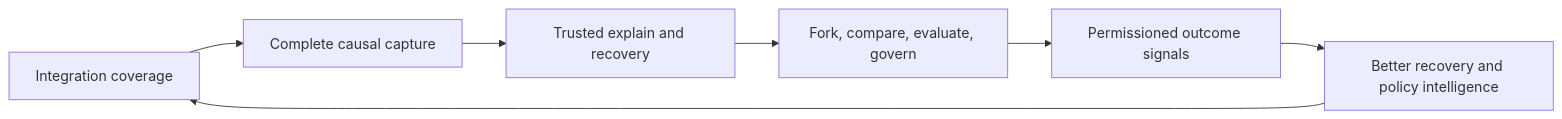
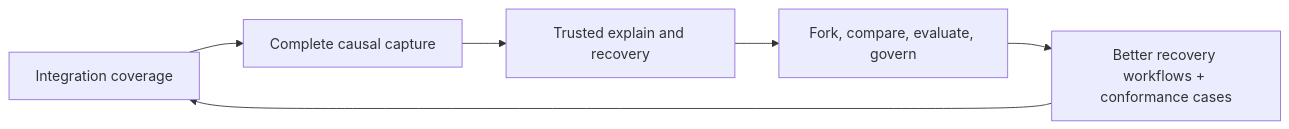
One commit to surrealdb-dev/surrealfs changed the second of 3 diagrams in README.md. Above: the diagram before and after it, drawn with Mermaid. The commit also changed other lines of this file and 23 other files, not shown here.

````diff
--- a/README.md
+++ b/README.md
@@ -59,9 +63,8 @@
 ```mermaid
 flowchart LR
     I["Integration coverage"] --> C["Complete causal capture"]
     C --> T["Trusted explain and recovery"]
     T --> W["Fork, compare, evaluate, govern"]
-    W --> O["Permissioned outcome signals"]
-    O --> R["Better recovery and policy intelligence"]
+    W --> R["Better recovery workflows + conformance cases"]
     R --> I
 ```
````
